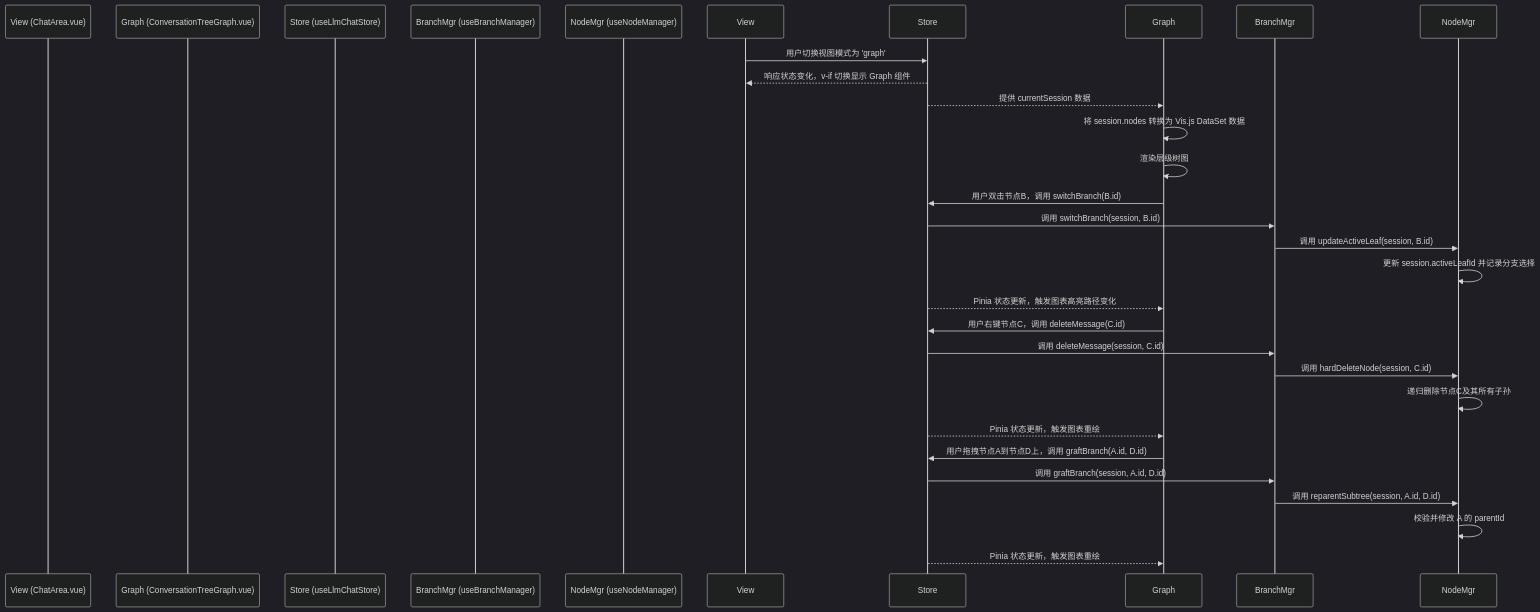
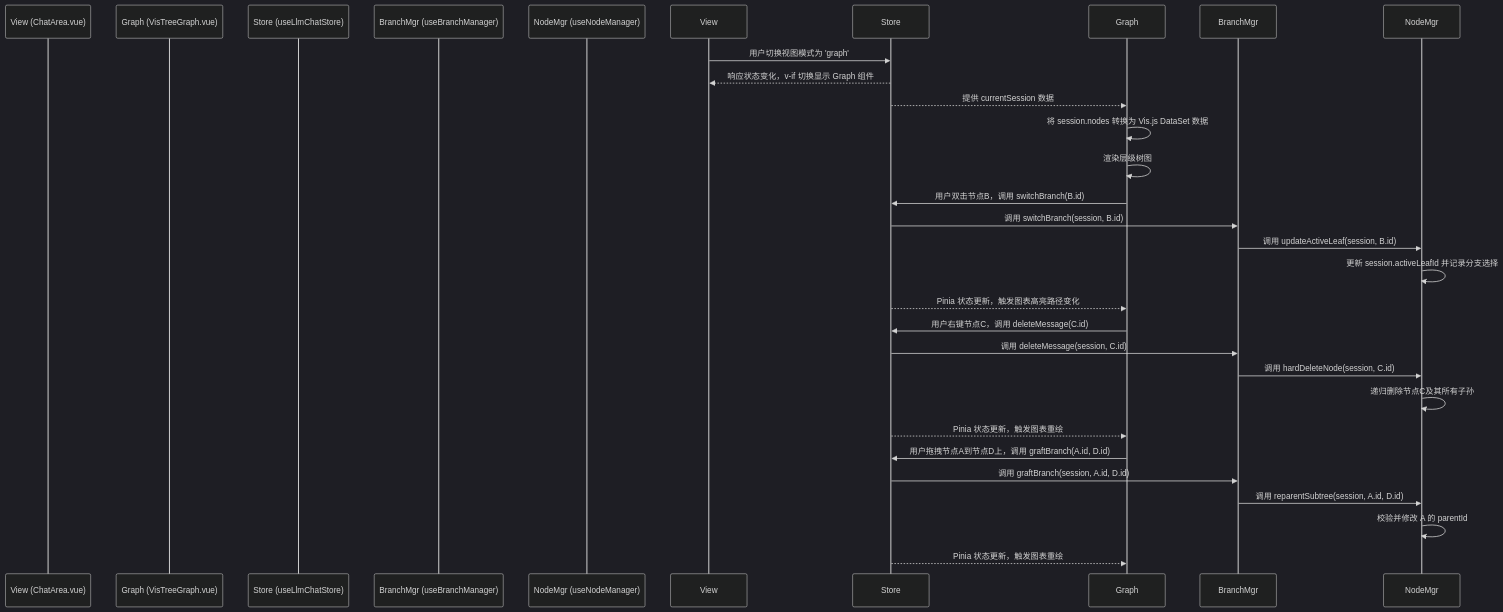
One commit to miaotouy/aio-hub changed the diagram in src/tools/llm-chat/features/conversation-tree-graph/DESIGN.md. Above: the diagram before and after it, drawn with Mermaid (dark theme). The commit also changed other lines of this file and 6 other files, not shown here.

First line of the commit message:
feat(conversation-tree-graph): 添加高级树图视图支持并重命名组件

````diff
--- a/src/tools/llm-chat/features/conversation-tree-graph/DESIGN.md
+++ b/src/tools/llm-chat/features/conversation-tree-graph/DESIGN.md
@@ -33,37 +33,37 @@
 ```mermaid
 sequenceDiagram
     participant View (ChatArea.vue)
-    participant Graph (ConversationTreeGraph.vue)
+    participant Graph (VisTreeGraph.vue)
     participant Store (useLlmChatStore)
     participant BranchMgr (useBranchManager)
     participant NodeMgr (useNodeManager)
 
     View->>Store: 用户切换视图模式为 'graph'
     Store-->>View: 响应状态变化，v-if 切换显示 Graph 组件
     
     %% 数据读取与渲染
     Store-->>Graph: 提供 currentSession 数据
     Graph->>Graph: 将 session.nodes 转换为 Vis.js DataSet 数据
     Graph->>Graph: 渲染层级树图
 
     %% 交互：切换分支
     Graph->>Store: 用户双击节点B，调用 switchBranch(B.id)
     Store->>BranchMgr: 调用 switchBranch(session, B.id)
     BranchMgr->>NodeMgr: 调用 updateActiveLeaf(session, B.id)
     NodeMgr->>NodeMgr: 更新 session.activeLeafId 并记录分支选择
     Store-->>Graph: Pinia 状态更新，触发图表高亮路径变化
 
     %% 交互：剪枝
     Graph->>Store: 用户右键节点C，调用 deleteMessage(C.id)
     Store->>BranchMgr: 调用 deleteMessage(session, C.id)
     BranchMgr->>NodeMgr: 调用 hardDeleteNode(session, C.id)
     NodeMgr->>NodeMgr: 递归删除节点C及其所有子孙
     Store-->>Graph: Pinia 状态更新，触发图表重绘
 
     %% 交互：嫁接
     Graph->>Store: 用户拖拽节点A到节点D上，调用 graftBranch(A.id, D.id)
     Store->>BranchMgr: 调用 graftBranch(session, A.id, D.id)
     BranchMgr->>NodeMgr: 调用 reparentSubtree(session, A.id, D.id)
     NodeMgr->>NodeMgr: 校验并修改 A 的 parentId
     Store-->>Graph: Pinia 状态更新，触发图表重绘
 ```
````
